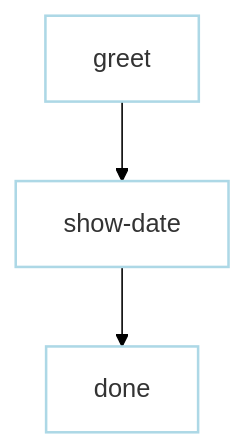
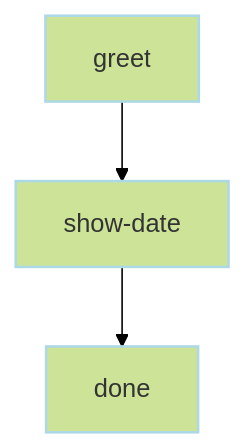
The first of 4 diagrams in docs-next/getting-started/first-workflow.md (dagu-org/dagu), drawn with Mermaid (forest theme) before and after one commit. The commit also changed other lines of this file and 8 other files, not shown here.

````diff
--- a/docs-next/getting-started/first-workflow.md
+++ b/docs-next/getting-started/first-workflow.md
@@ -77,9 +102,9 @@
 ```mermaid
 graph TD
     A[greet] --> B[show-date]
     B --> C[done]
     
-    style A fill:white,stroke:lightblue,stroke-width:1.6px,color:#333
-    style B fill:white,stroke:lightblue,stroke-width:1.6px,color:#333
-    style C fill:white,stroke:lightblue,stroke-width:1.6px,color:#333
+    style A stroke:lightblue,stroke-width:1.6px,color:#333
+    style B stroke:lightblue,stroke-width:1.6px,color:#333
+    style C stroke:lightblue,stroke-width:1.6px,color:#333
 ```
````
